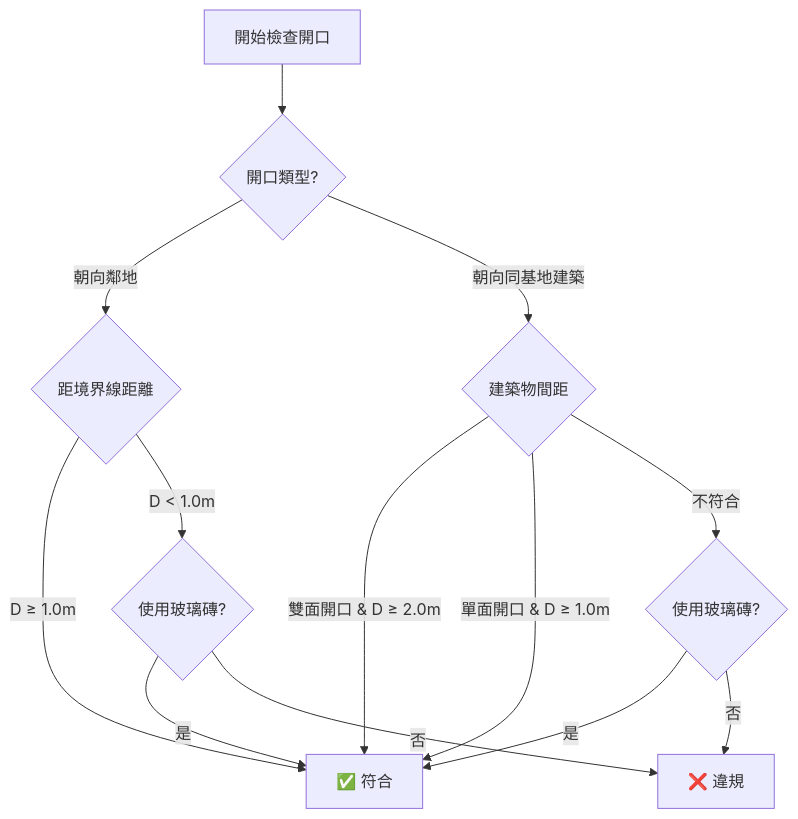
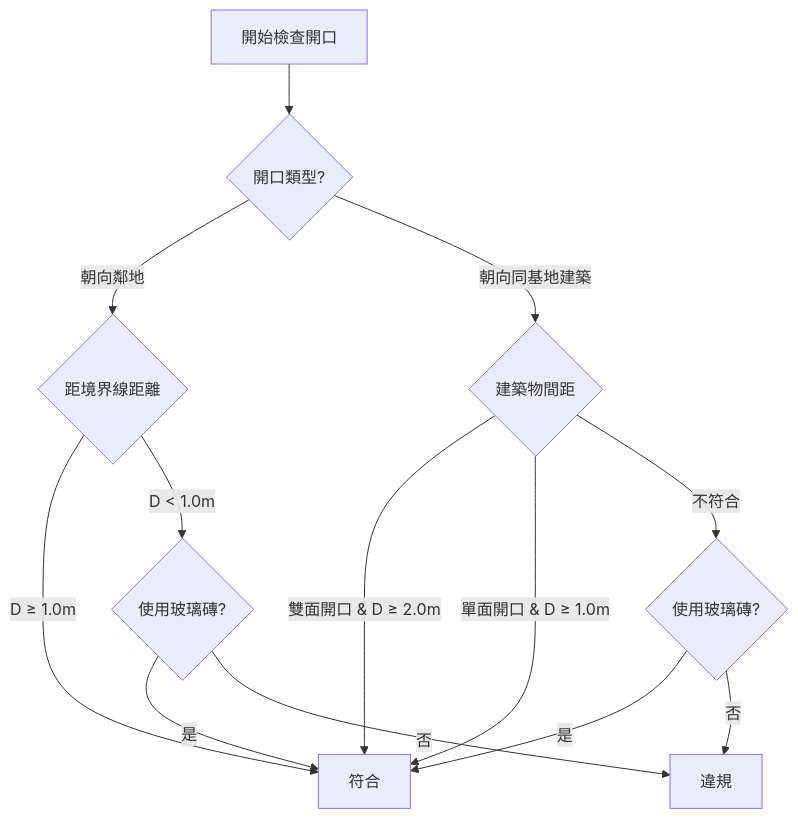
Before and after one commit to shuotao/REVIT_MCP_study: the first of 2 diagrams in domain/exterior-wall-opening-check.md, drawn with Mermaid. The commit also changed other lines of this file and 45 other files, not shown here.

````diff
--- a/domain/exterior-wall-opening-check.md
+++ b/domain/exterior-wall-opening-check.md
@@ -147,17 +147,17 @@
 ```mermaid
 graph TD
     A[開始檢查開口] --> B{開口類型?}
     B -->|朝向鄰地| C{距境界線距離}
     B -->|朝向同基地建築| D{建築物間距}
     
-    C -->|D ≥ 1.0m| E[✅ 符合]
+    C -->|D ≥ 1.0m| E[ 符合]
     C -->|D < 1.0m| F{使用玻璃磚?}
     F -->|是| E
-    F -->|否| G[❌ 違規]
+    F -->|否| G[ 違規]
     
     D -->|雙面開口 & D ≥ 2.0m| E
     D -->|單面開口 & D ≥ 1.0m| E
     D -->|不符合| H{使用玻璃磚?}
     H -->|是| E
     H -->|否| G
 ```
````
